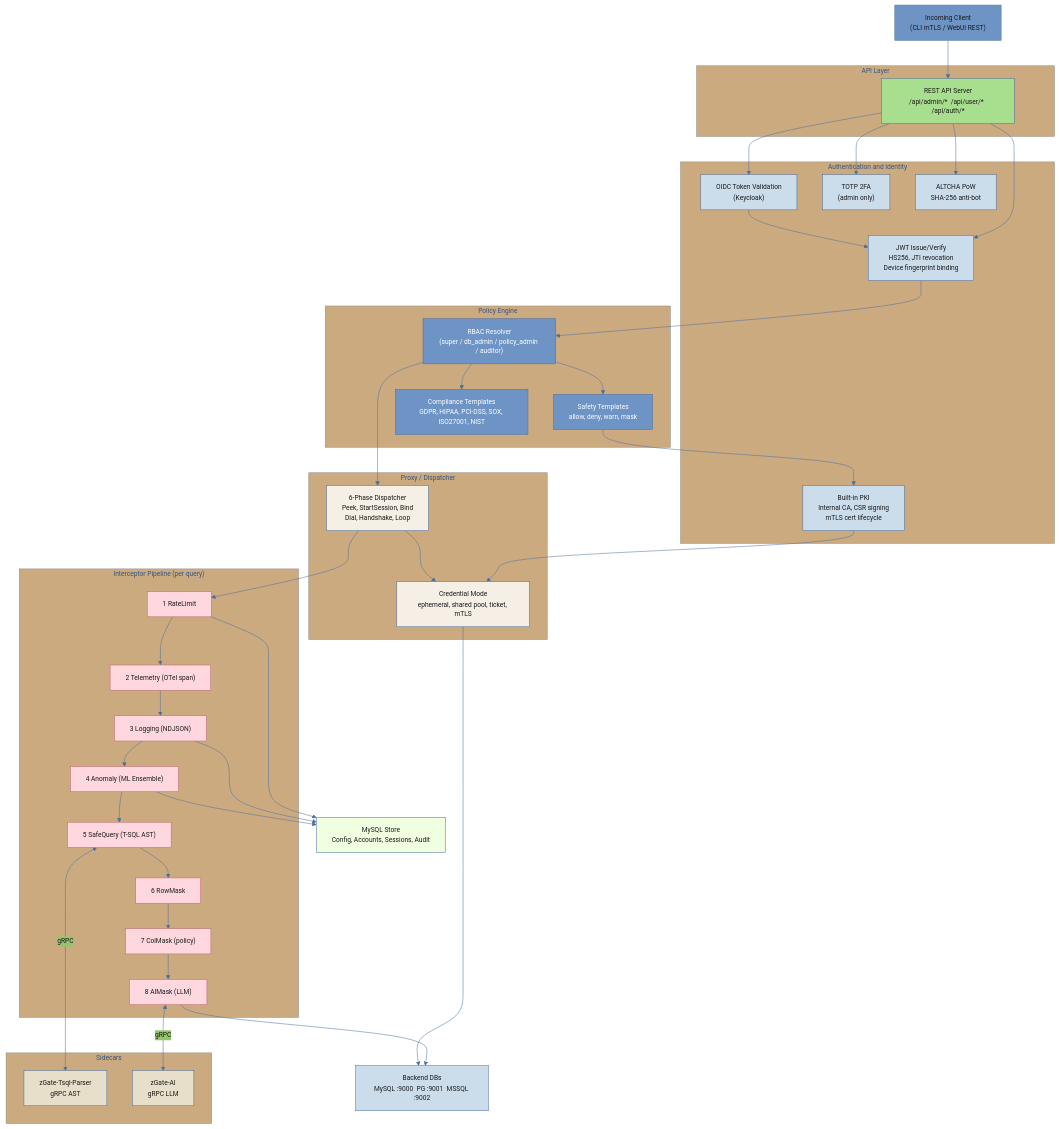
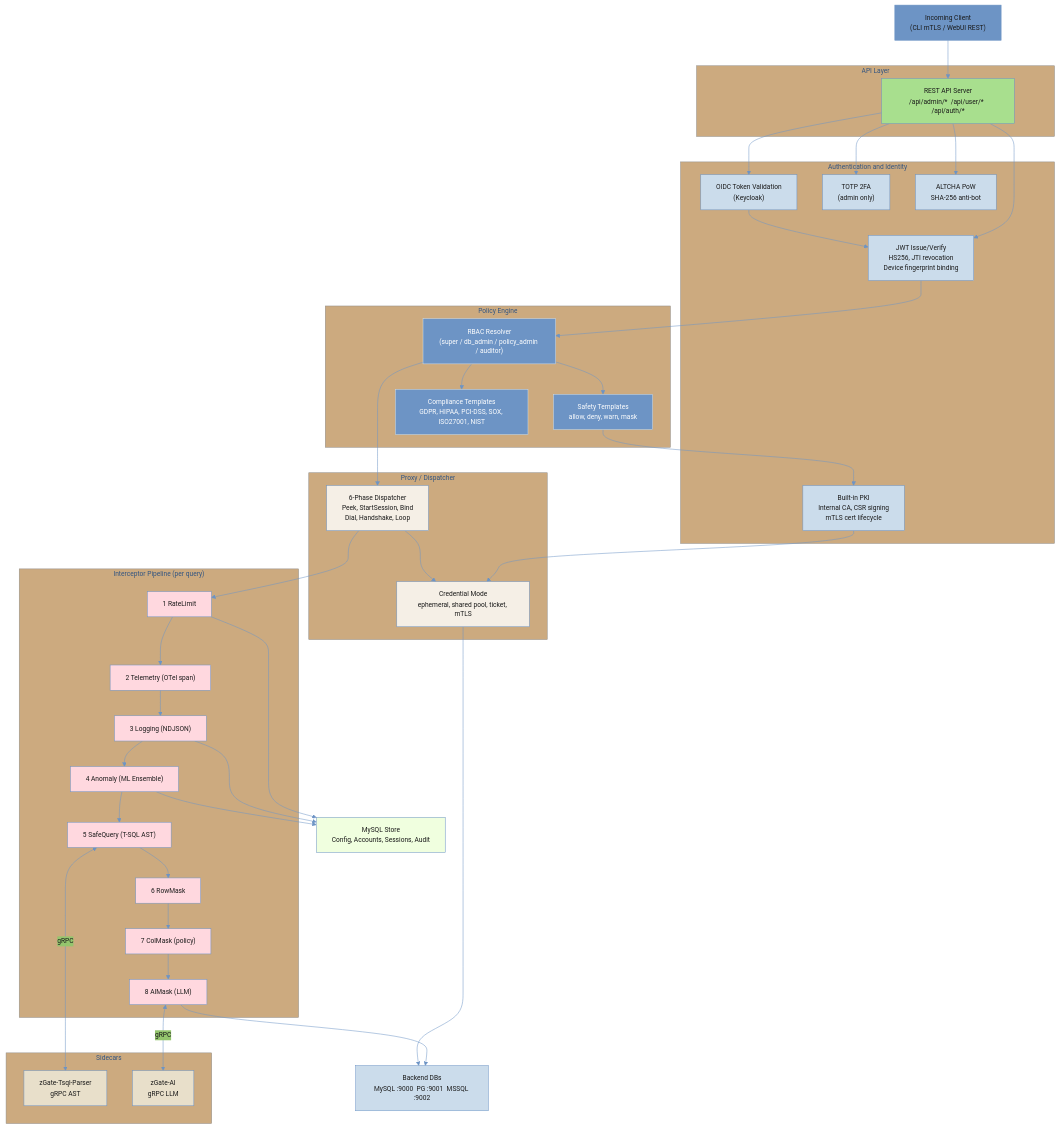
One commit to lll-michael-lll/Graduation-Project-Documentation changed the diagram in diagrams/fig5_2_backend.mmd. Above: the diagram before and after it, drawn with Mermaid. The commit also changed 28 other files, not shown here.

```diff
--- a/diagrams/fig5_2_backend.mmd
+++ b/diagrams/fig5_2_backend.mmd
@@ -1,87 +1,87 @@
 %%{init: {
   "theme": "base",
   "themeVariables": {
     "primaryColor": "#6D94C5",
     "primaryTextColor": "#1a1a1a",
-    "primaryBorderColor": "#4a6fa0",
-    "lineColor": "#4a6fa0",
+    "primaryBorderColor": "#6D94C5",
+    "lineColor": "#6D94C5",
     "fontFamily": "Liberation Sans, Arial, sans-serif",
     "fontSize": "13px"
   }
 }}%%
 flowchart TB
-    classDef api     fill:#A8DF8E,stroke:#4a6fa0,color:#1a1a1a
-    classDef auth    fill:#CBDCEB,stroke:#4a6fa0,color:#1a1a1a
-    classDef policy  fill:#6D94C5,stroke:#4a6fa0,color:#fff
-    classDef proxy   fill:#F5EFE6,stroke:#4a6fa0,color:#1a1a1a
-    classDef pipe    fill:#FFD8DF,stroke:#c0626e,color:#1a1a1a
-    classDef sidecar fill:#E8DFCA,stroke:#4a6fa0,color:#1a1a1a
-    classDef store   fill:#F0FFDF,stroke:#4a6fa0,color:#1a1a1a
-    classDef db      fill:#CBDCEB,stroke:#4a6fa0,color:#1a1a1a
+    classDef api     fill:#A8DF8E,stroke:#6D94C5,color:#1a1a1a
+    classDef auth    fill:#CBDCEB,stroke:#6D94C5,color:#1a1a1a
+    classDef policy  fill:#6D94C5,stroke:#CBDCEB,color:#fff
+    classDef proxy   fill:#F5EFE6,stroke:#6D94C5,color:#1a1a1a
+    classDef pipe    fill:#FFD8DF,stroke:#6D94C5,color:#1a1a1a
+    classDef sidecar fill:#E8DFCA,stroke:#6D94C5,color:#1a1a1a
+    classDef store   fill:#F0FFDF,stroke:#6D94C5,color:#1a1a1a
+    classDef db      fill:#CBDCEB,stroke:#6D94C5,color:#1a1a1a
 
     REQ["Incoming Client\n(CLI mTLS / WebUI REST)"]
 
     subgraph API_LAYER ["API Layer"]
         REST["REST API Server\n/api/admin/*  /api/user/*  /api/auth/*"]:::api
     end
 
     subgraph AUTH_LAYER ["Authentication and Identity"]
         OIDC["OIDC Token Validation\n(Keycloak)"]:::auth
         JWT["JWT Issue/Verify\nHS256, JTI revocation\nDevice fingerprint binding"]:::auth
         TOTP["TOTP 2FA\n(admin only)"]:::auth
         PKI["Built-in PKI\nInternal CA, CSR signing\nmTLS cert lifecycle"]:::auth
         ALTCHA["ALTCHA PoW\nSHA-256 anti-bot"]:::auth
     end
 
     subgraph POLICY_LAYER ["Policy Engine"]
         RBAC["RBAC Resolver\n(super / db_admin / policy_admin / auditor)"]:::policy
         SAFETY["Safety Templates\nallow, deny, warn, mask"]:::policy
         COMPLIANCE["Compliance Templates\nGDPR, HIPAA, PCI-DSS, SOX, ISO27001, NIST"]:::policy
     end
 
     subgraph PROXY_LAYER ["Proxy / Dispatcher"]
         DISP2["6-Phase Dispatcher\nPeek, StartSession, Bind\nDial, Handshake, Loop"]:::proxy
         CRED["Credential Mode\nephemeral, shared pool, ticket, mTLS"]:::proxy
     end
 
     subgraph PIPE_LAYER ["Interceptor Pipeline (per query)"]
         P_RL["1 RateLimit"]:::pipe
         P_OT["2 Telemetry (OTel span)"]:::pipe
         P_LOG["3 Logging (NDJSON)"]:::pipe
         P_AN["4 Anomaly (ML Ensemble)"]:::pipe
         P_SQ["5 SafeQuery (T-SQL AST)"]:::pipe
         P_RM["6 RowMask"]:::pipe
         P_CM["7 ColMask (policy)"]:::pipe
         P_AI["8 AIMask (LLM)"]:::pipe
     end
 
     STORE["MySQL Store\nConfig, Accounts, Sessions, Audit"]:::store
 
     subgraph SIDECARS2 ["Sidecars"]
         TSQL3["zGate-Tsql-Parser\ngRPC AST"]:::sidecar
         AI3["zGate-AI\ngRPC LLM"]:::sidecar
     end
 
     DB_OUT["Backend DBs\nMySQL :9000  PG :9001  MSSQL :9002"]:::db
 
     REQ --> REST
     REST --> OIDC
     REST --> JWT
     REST --> TOTP
     REST --> ALTCHA
     JWT --> RBAC
     OIDC --> JWT
     RBAC --> SAFETY
     RBAC --> COMPLIANCE
     SAFETY --> PKI
     PKI --> CRED
     RBAC --> DISP2
     DISP2 --> CRED
     DISP2 --> P_RL --> P_OT --> P_LOG --> P_AN --> P_SQ --> P_RM --> P_CM --> P_AI
     P_SQ <-->|"gRPC"| TSQL3
     P_AI <-->|"gRPC"| AI3
     P_RL --> STORE
     P_LOG --> STORE
     P_AN --> STORE
     P_AI --> DB_OUT
     CRED --> DB_OUT
```
